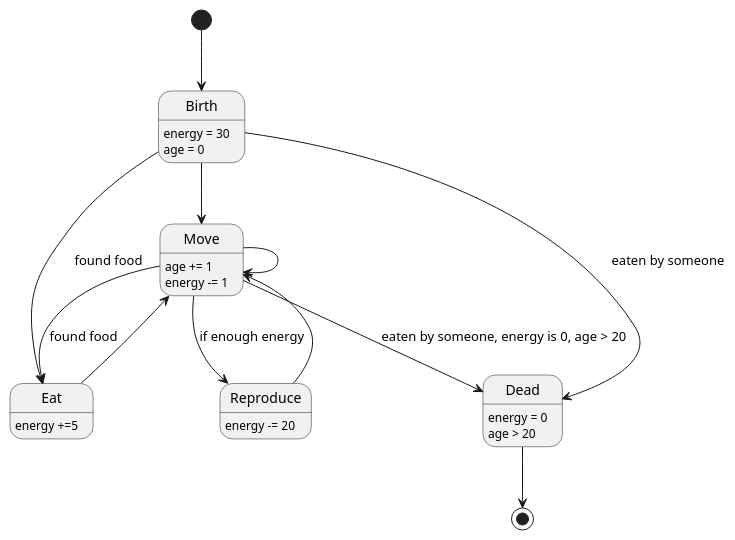
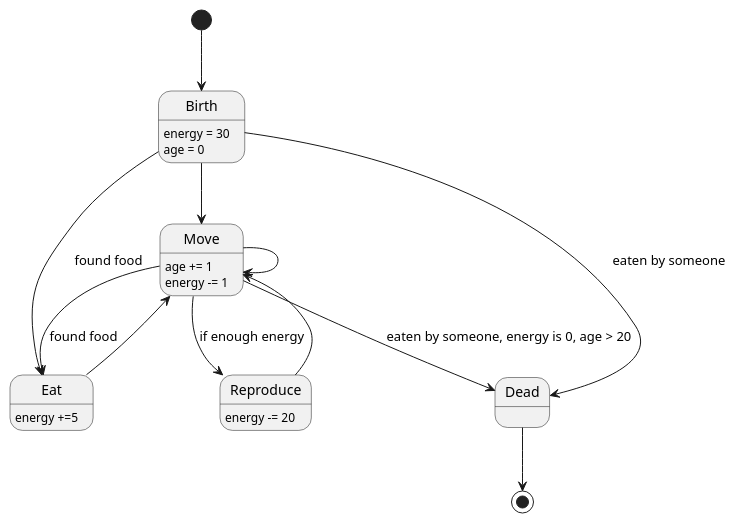
The diagram in PPVIS_lab1/diagrams/state_diagram.puml (CAT-i0n/PPVIS_lab2), drawn with PlantUML before and after one commit. The commit also changed 2 other files, not shown here.

Commit message:
Fix state diagram

```diff
--- a/PPVIS_lab1/diagrams/state_diagram.puml
+++ b/PPVIS_lab1/diagrams/state_diagram.puml
@@ -1,34 +1,31 @@
 @startuml animal_states
 
 ' State transition
 [*] --> Birth
 
 Birth --> Move
 Birth --> Eat : found food
 Birth --> Dead : eaten by someone
 
 Move --> Eat : found food
 Move --> Dead : eaten by someone, energy is 0, age > 20
 Move --> Move
 
 Move --> Reproduce : if enough energy
 Reproduce --> Move
 Eat --> Move
 Dead --> [*]
 
 ' State features
 Birth : energy = 30
 Birth : age = 0
 
 Move : age += 1
 Move : energy -= 1
 
 Eat : energy +=5
 
-Dead : energy = 0
-Dead : age > 20
-
 Reproduce: energy -= 20
 
 
 @enduml
```
